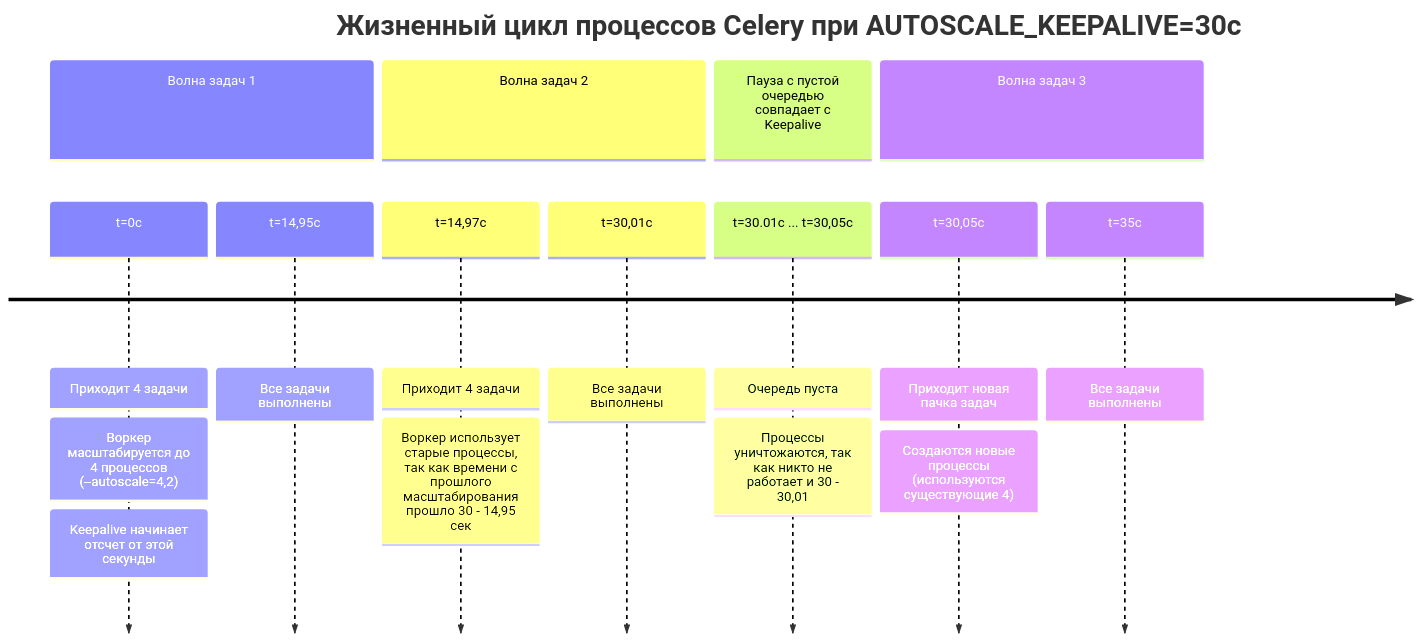
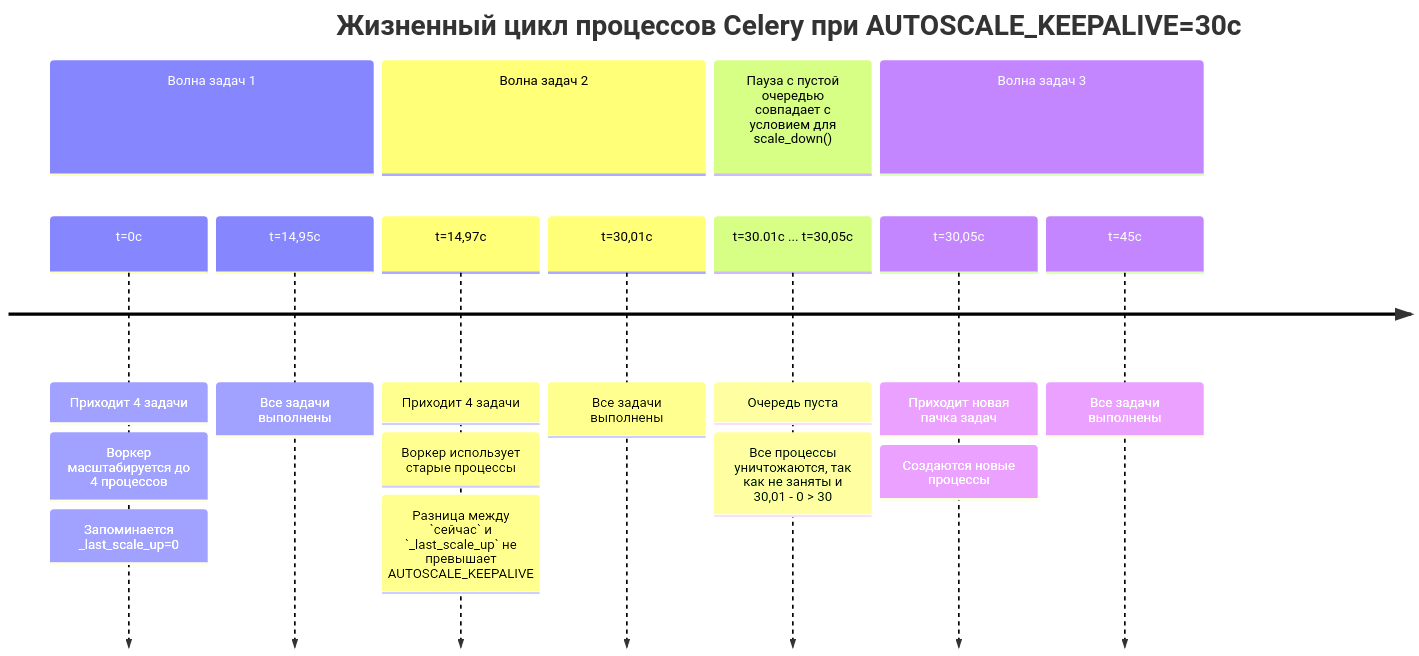
Before and after one commit to okolobackend/Celery-Architecture-and-Scaling: the diagram in docs/01_articles/01_prefork/README.md, drawn with Mermaid. The commit also changed other lines of this file and 2 other files, not shown here.

````diff
--- a/docs/01_articles/01_prefork/README.md
+++ b/docs/01_articles/01_prefork/README.md
@@ -93,20 +96,21 @@
 ```mermaid
 timeline
     title Жизненный цикл процессов Celery при AUTOSCALE_KEEPALIVE=30с
     section Волна задач 1
         t=0с : Приходит 4 задачи
-            : Воркер масштабируется до 4 процессов (--autoscale=4,2)
-            : Keepalive начинает отсчет от этой секунды
+            : Воркер масштабируется до 4 процессов
+            : Запоминается _last_scale_up=0
         t=14,95с : Все задачи выполнены
     section Волна задач 2
         t=14,97с : Приходит 4 задачи
-            : Воркер использует старые процессы, так как времени с прошлого масштабирования прошло 30 - 14,95 сек
+            : Воркер использует старые процессы 
+            : Разница между `сейчас` и `_last_scale_up` не превышает AUTOSCALE_KEEPALIVE
         t=30,01с : Все задачи выполнены
-    section Пауза с пустой очередью совпадает с Keepalive
+    section Пауза с пустой очередью совпадает с условием для scale_down()
         t=30.01с ... t=30,05с : Очередь пуста
-            : Процессы уничтожаются, так как никто не работает и 30 - 30,01
+            : Все процессы уничтожаются, так как не заняты и 30,01 - 0 > 30
     section Волна задач 3
         t=30,05с : Приходит новая пачка задач
-            : Создаются новые процессы<br>(используются существующие 4)
-        t=35с : Все задачи выполнены
+            : Создаются новые процессы
+        t=45с : Все задачи выполнены
 ```
````
